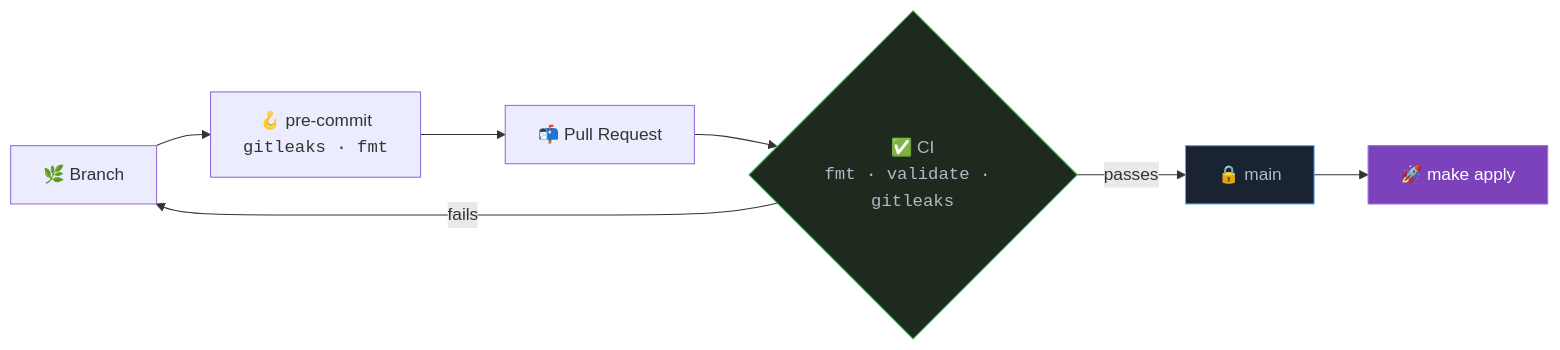
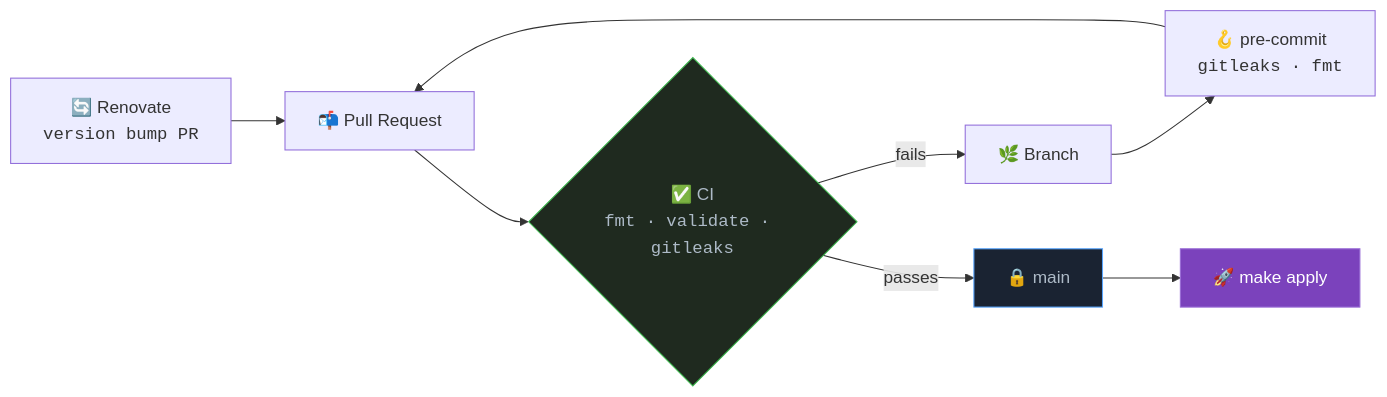
One commit to infrasam/aws-platform-iac changed the fourth of 4 diagrams in README.md. Above: the diagram before and after it, drawn with Mermaid. The commit also changed other lines of this file and 3 other files, not shown here.

Commit message:
Add Renovate and read the Terraform version from one place

````diff
--- a/README.md
+++ b/README.md
@@ -212,13 +213,14 @@
 ```mermaid
 flowchart LR
+    renovate["🔄 Renovate<br/><code>version bump PR</code>"] --> pr
     branch["🌿 Branch"] --> hooks["🪝 pre-commit<br/><code>gitleaks · fmt</code>"]
     hooks --> pr["📬 Pull Request"]
     pr --> ci{"✅ CI<br/><code>fmt · validate · gitleaks</code>"}
     ci -->|"fails"| branch
     ci -->|"passes"| main["🔒 main"]
     main --> apply["🚀 make apply"]
 
     style ci fill:#1f2a1f,stroke:#3fb950,color:#adbac7
     style main fill:#1a2332,stroke:#58a6ff,color:#adbac7
     style apply fill:#7b42bc,stroke:#9a6dd7,color:#fff
 ```
````
